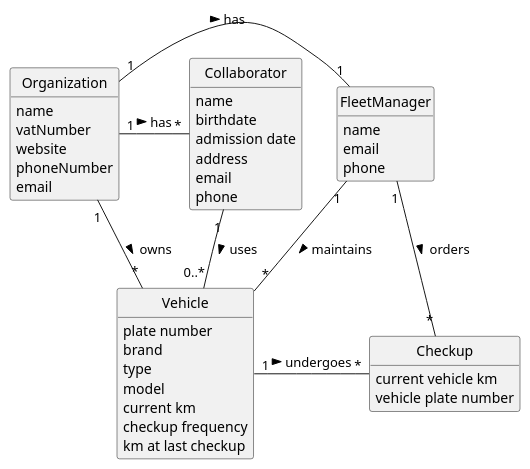
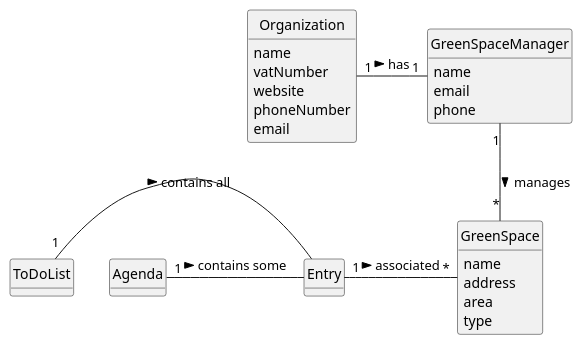
One commit to Departamento-de-Engenharia-Informatica/lei-24-s2-1dkl-g134 changed the diagram in docs/sprintC/us022/02.analysis/puml/us008-domain-model.puml. Above: the diagram before and after it, drawn with PlantUML.

Commit message:
US 22- beggining of analysis

```diff
--- a/docs/sprintC/us022/02.analysis/puml/us008-domain-model.puml
+++ b/docs/sprintC/us022/02.analysis/puml/us008-domain-model.puml
@@ -1,58 +1,53 @@
 @startuml
 skinparam monochrome true
 skinparam packageStyle rectangle
 skinparam shadowing false
 
 skinparam classAttributeIconSize 0
 
 hide circle
 hide methods
 
 
 class Organization {
     name
     vatNumber
     website
     phoneNumber
     email
 }
 
-class Vehicle {
-    plate number
-    brand
-    type
-    model
-    current km
-    checkup frequency
-    km at last checkup
+class GreenSpace {
+   name
+   address
+   area
+   type
 }
 
-class Checkup {
-    current vehicle km
-    vehicle plate number
+class Entry {
+
 }
 
-class FleetManager {
+class GreenSpaceManager {
     name
     email
     phone
 }
 
-class Collaborator {
-    name
-    birthdate
-    admission date
-    address
-    email
-    phone
+class Agenda{
+
 }
 
-Organization "1" - "*" Collaborator : has >
-Organization "1" - "1" FleetManager : has >
-Organization "1" - "*" Vehicle: owns >
-Vehicle "1" - "*" Checkup: undergoes >
-Collaborator "1" -- "0..*" Vehicle : uses >
-FleetManager "1" -- "*" Checkup : orders >
-FleetManager "1" -- "*" Vehicle : maintains >
+class ToDoList{
+
+}
+
+
+
+Organization "1" - "1" GreenSpaceManager : has >
+Entry "1" - "*" GreenSpace: associated >
+GreenSpaceManager "1" -- "*" GreenSpace : manages >
+ToDoList "1" -  Entry : contains all >
+Agenda "1" -  Entry : contains some >
 
 @enduml
```
